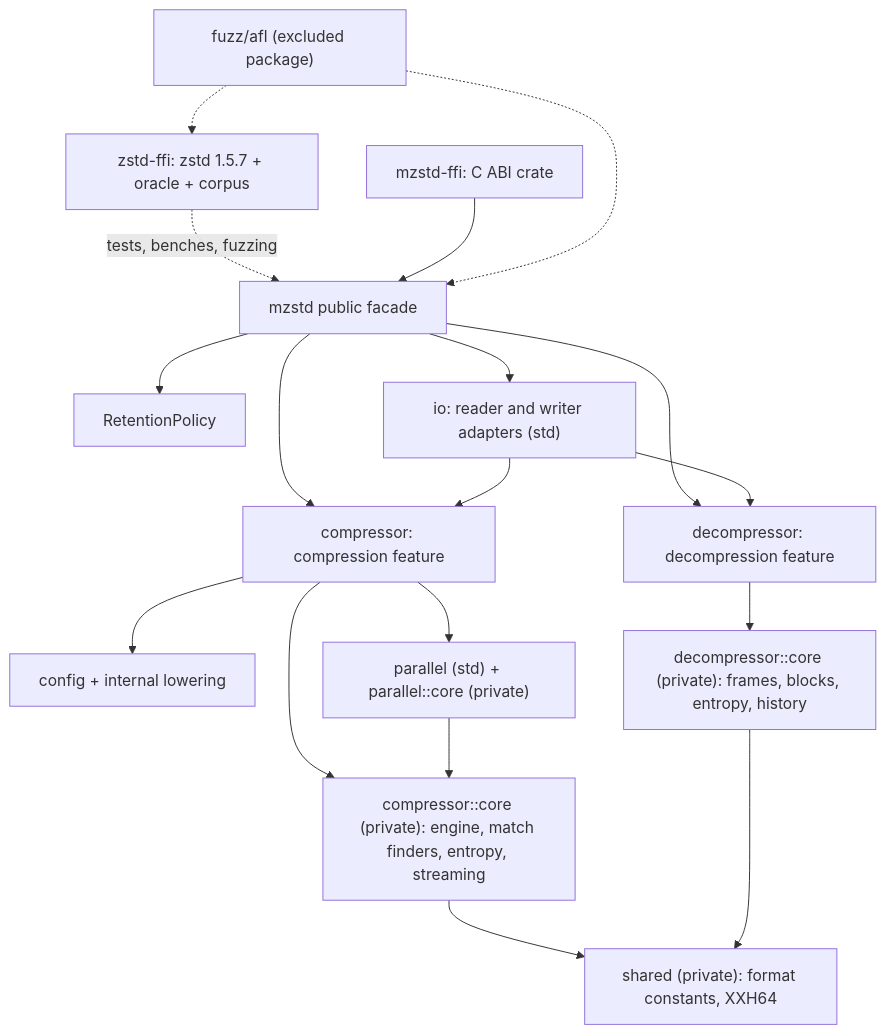
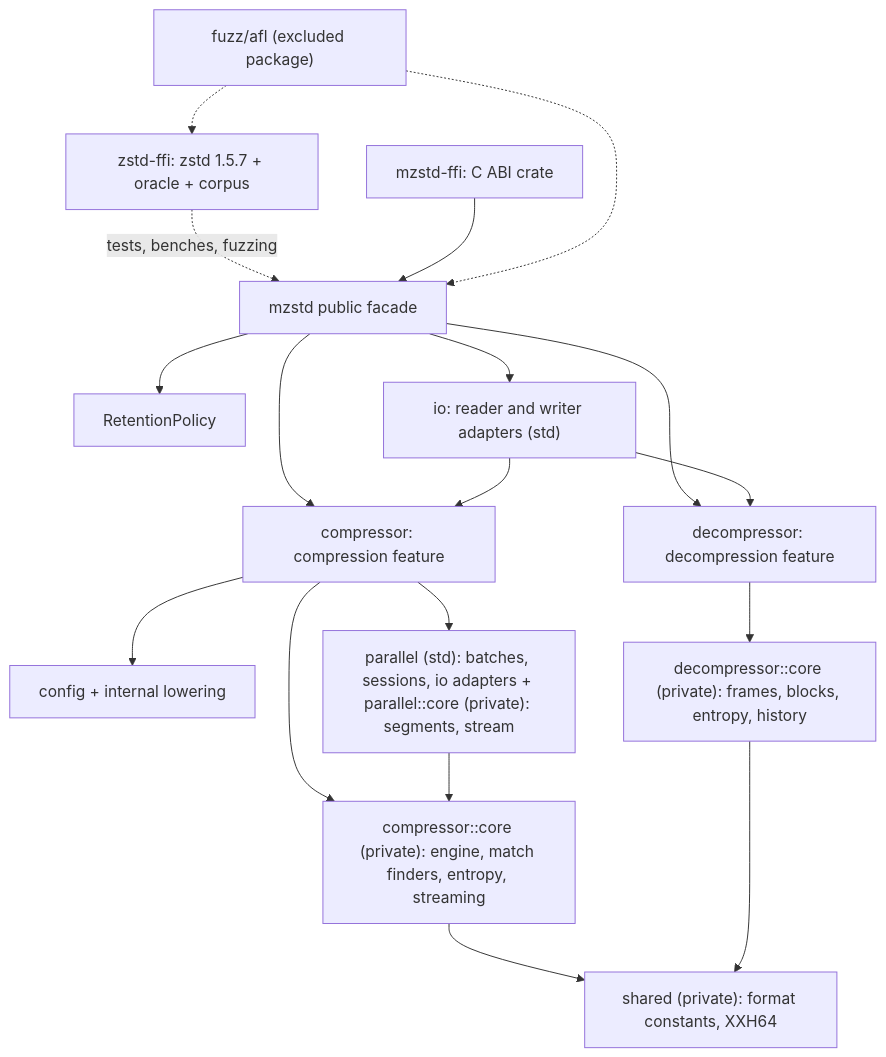
One commit to M-Compressors/mzstd changed the diagram in architecture/README.md. Above: the diagram before and after it, drawn with Mermaid. The commit also changed other lines of this file and 29 other files, not shown here.

Commit message:
Impl parallel sessions and with process uninit

````diff
--- a/architecture/README.md
+++ b/architecture/README.md
@@ -11,20 +11,20 @@
 ```mermaid
 graph TD
     Root[mzstd public facade] --> Encode[compressor: compression feature]
     Root --> Decode[decompressor: decompression feature]
     Root --> Ret[RetentionPolicy]
     Root --> IO["io: reader and writer adapters (std)"]
     Encode --> Cfg[config + internal lowering]
     Encode --> ECore["compressor::core (private): engine, match finders, entropy, streaming"]
-    Encode --> Par["parallel (std) + parallel::core (private)"]
+    Encode --> Par["parallel (std): batches, sessions, io adapters + parallel::core (private): segments, stream"]
     Par --> ECore
     Decode --> DCore["decompressor::core (private): frames, blocks, entropy, history"]
     ECore --> Shared["shared (private): format constants, XXH64"]
     DCore --> Shared
     IO --> Encode
     IO --> Decode
     Ref["zstd-ffi: zstd 1.5.7 + oracle + corpus"] -. tests, benches, fuzzing .-> Root
     CABI["mzstd-ffi: C ABI crate"] --> Root
     Fuzz["fuzz/afl (excluded package)"] -.-> Root
     Fuzz -.-> Ref
 ```
````
